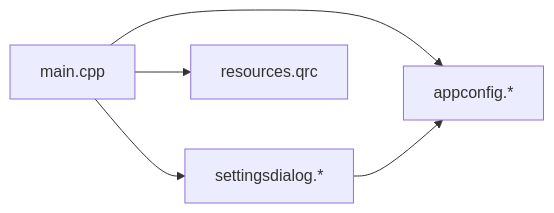
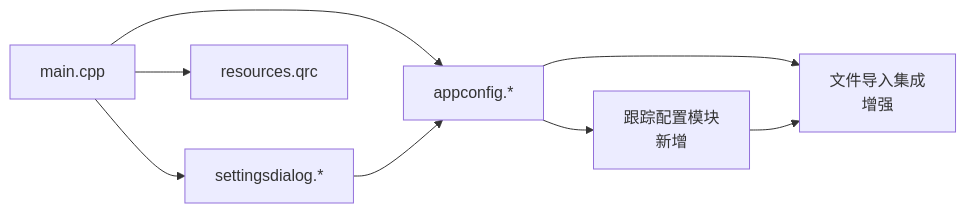
The sixth of 6 diagrams in .qoder/repowiki/zh/content/核心模块详解/配置管理系统.md (jakecai1225-design/OpenBus), drawn with Mermaid before and after one commit. The commit also changed other lines of this file and 18 other files, not shown here.

````diff
--- a/.qoder/repowiki/zh/content/核心模块详解/配置管理系统.md
+++ b/.qoder/repowiki/zh/content/核心模块详解/配置管理系统.md
@@ -213,7 +343,10 @@
 ```mermaid
 graph LR
 Main["main.cpp"] --> Cfg["appconfig.*"]
 Main --> UI["settingsdialog.*"]
 UI --> Cfg
 Main --> Res["resources.qrc"]
+Cfg --> Track["跟踪配置模块<br/>新增"]
+Cfg --> Import["文件导入集成<br/>增强"]
+Track --> Import
 ```
````
